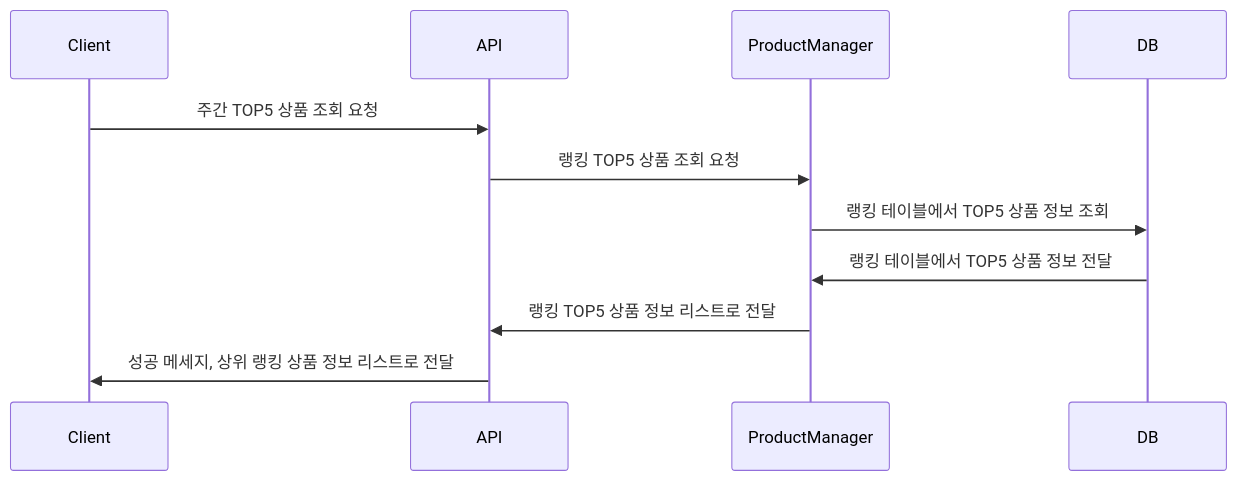
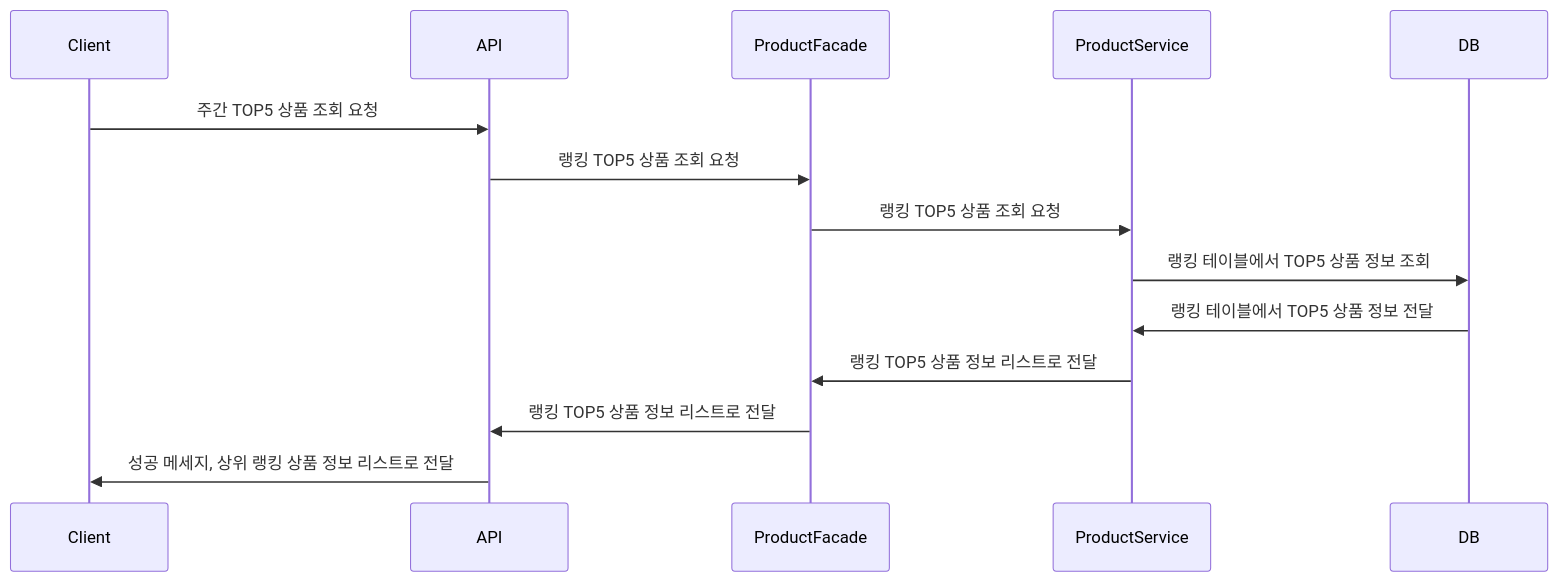
One commit to LeeJeongGi/hhplus-03-ecommerce changed the fourth of 8 diagrams in docs/EventSequence.md. Above: the diagram before and after it, drawn with Mermaid. The commit also changed other lines of this file, not shown here.

Commit message:
feat : 이벤트 시퀀스 재정비, Facade 클래스 추가, Manager -> service 이름 수정, 주문,결제 API 두개로 분리

````diff
--- a/docs/EventSequence.md
+++ b/docs/EventSequence.md
@@ -87,15 +99,18 @@
 ```mermaid
 sequenceDiagram
     participant Client
     participant API
-    participant ProductManager
+    participant ProductFacade
+    participant ProductService
     participant DB
 
     Client ->> API: 주간 TOP5 상품 조회 요청
-    API ->> ProductManager: 랭킹 TOP5 상품 조회 요청
-    ProductManager ->> DB: 랭킹 테이블에서 TOP5 상품 정보 조회
-    DB ->> ProductManager: 랭킹 테이블에서 TOP5 상품 정보 전달
-    ProductManager ->> API: 랭킹 TOP5 상품 정보 리스트로 전달
+    API ->> ProductFacade: 랭킹 TOP5 상품 조회 요청
+    ProductFacade ->> ProductService: 랭킹 TOP5 상품 조회 요청
+    ProductService ->> DB: 랭킹 테이블에서 TOP5 상품 정보 조회
+    DB ->> ProductService: 랭킹 테이블에서 TOP5 상품 정보 전달
+    ProductService ->> ProductFacade: 랭킹 TOP5 상품 정보 리스트로 전달
+    ProductFacade ->> API: 랭킹 TOP5 상품 정보 리스트로 전달
     API ->> Client: 성공 메세지, 상위 랭킹 상품 정보 리스트로 전달
 
 ```
````
